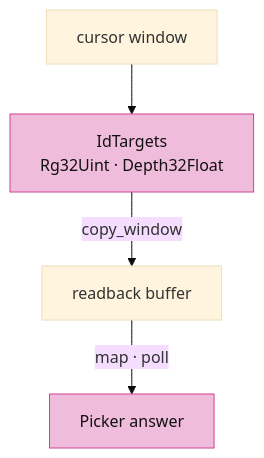
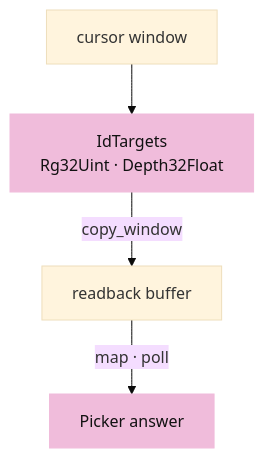
Before and after one commit to petrasvestartas/session: diagram 12 of 19 in session_viewer/docs/12-picking.md, drawn with Mermaid (base theme). The commit also changed other lines of this file and 324 other files, not shown here.

````diff
--- a/session_viewer/docs/12-picking.md
+++ b/session_viewer/docs/12-picking.md
@@ -345,8 +421,8 @@
 ```mermaid
 flowchart TB
     C["cursor window"] --> T["IdTargets<br/>Rg32Uint · Depth32Float"]
     T -- "copy_window" --> B["readback buffer"]
     B -- "map · poll" --> P["Picker answer"]
-    style T fill:#f0bcdb,stroke:#ce4095,color:#111
-    style P fill:#f0bcdb,stroke:#ce4095,color:#111
+    style T fill:#f0bcdb,stroke:#f0bcdb,color:#111
+    style P fill:#f0bcdb,stroke:#f0bcdb,color:#111
 ```
````
